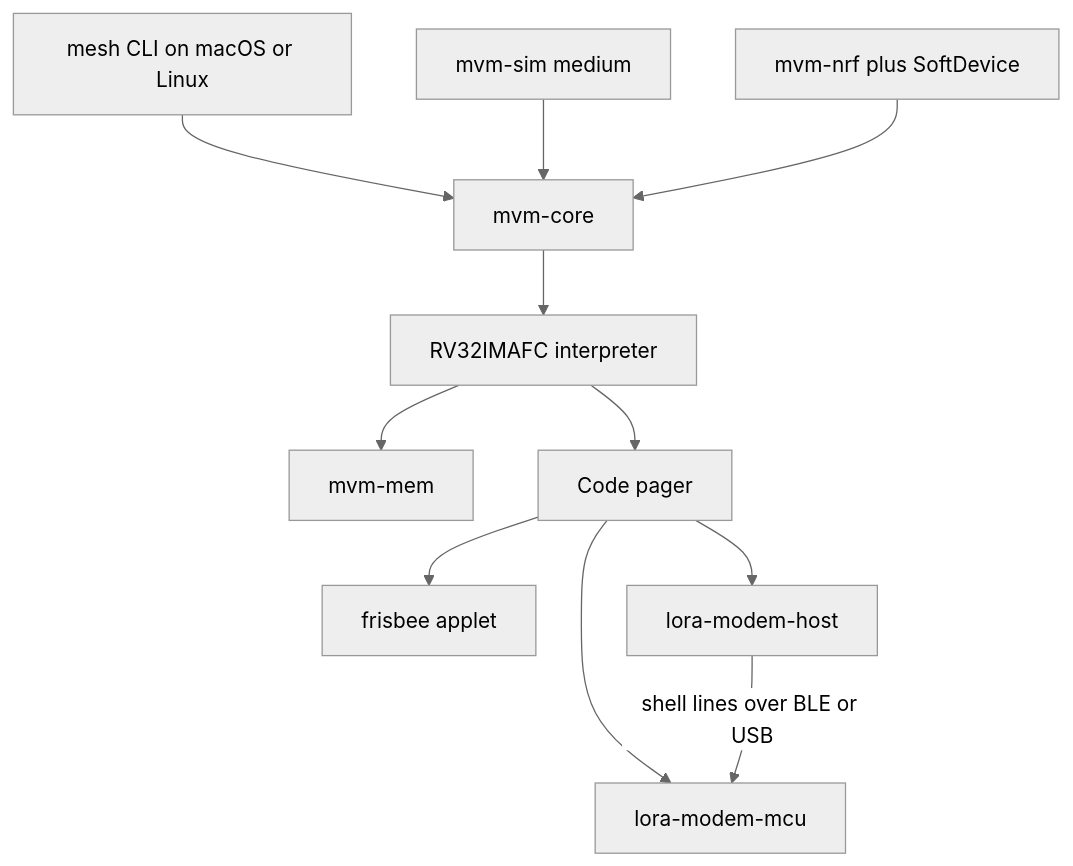
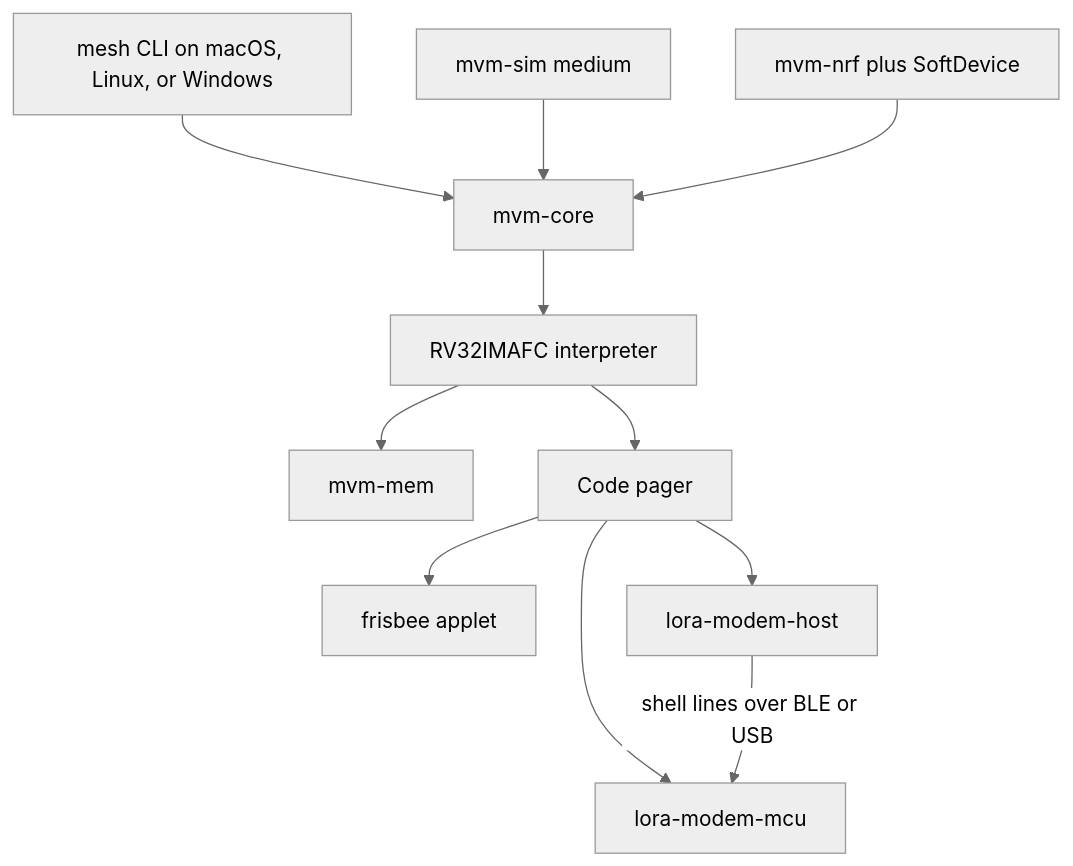
Before and after one commit to benallfree/mvm: the diagram in docs/mesh_virtual_machine_5ae0e741.plan.md, drawn with Mermaid (neutral theme). The commit also changed other lines of this file and 2 other files, not shown here.

First line of the commit message:
Plan releases, Windows support for mesh, and WebDAV mounts

````diff
--- a/docs/mesh_virtual_machine_5ae0e741.plan.md
+++ b/docs/mesh_virtual_machine_5ae0e741.plan.md
@@ -866,23 +883,23 @@
 ```mermaid
 flowchart TB
-  meshCli[mesh CLI on macOS or Linux]
+  meshCli[mesh CLI on macOS, Linux, or Windows]
   sim[mvm-sim medium]
   core[mvm-core]
   vm[RV32IMAFC interpreter]
   mem[mvm-mem]
   code[Code pager]
   nrf[mvm-nrf plus SoftDevice]
   frisbee[frisbee applet]
   modemHost[lora-modem-host]
   modemMcu[lora-modem-mcu]
   meshCli --> core
   sim --> core
   nrf --> core
   core --> vm
   vm --> mem
   vm --> code
   code --> frisbee
   code --> modemHost
   code --> modemMcu
   modemHost -->|"shell lines over BLE or USB"| modemMcu
 ```
````
